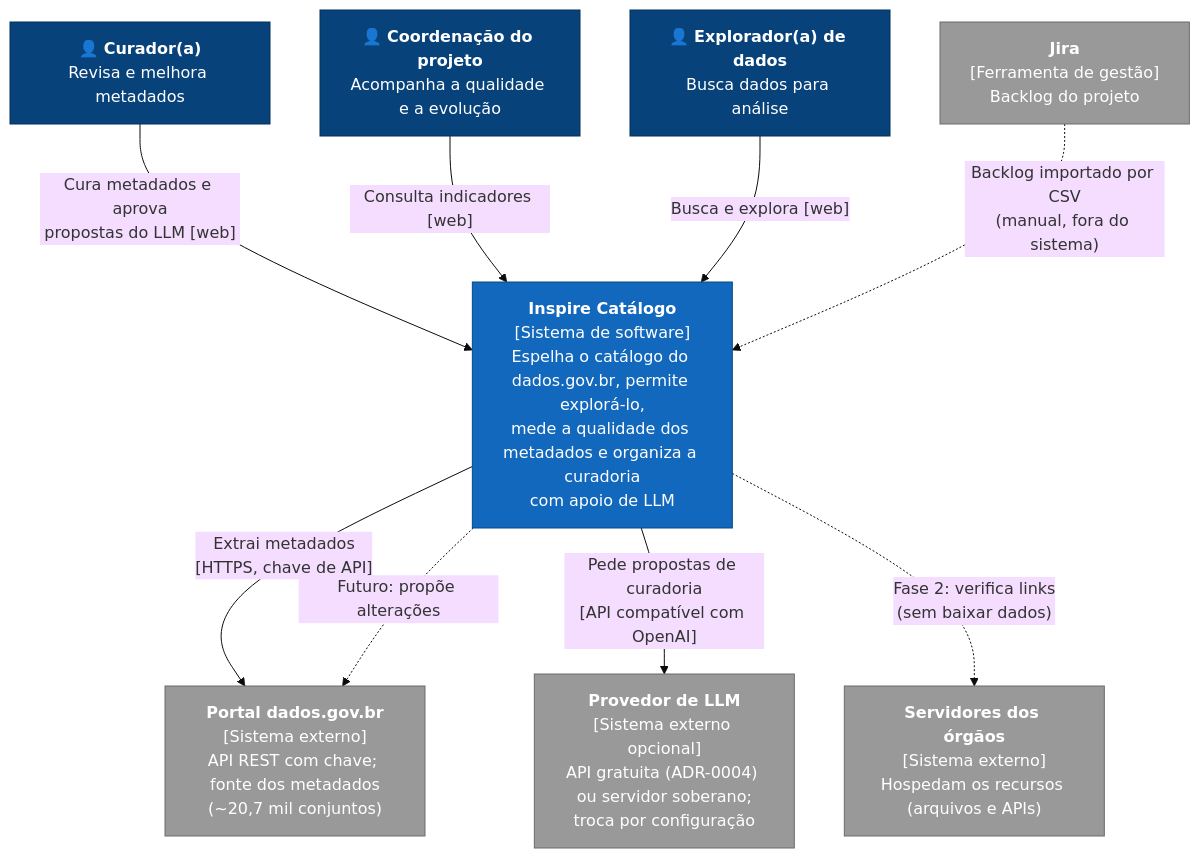
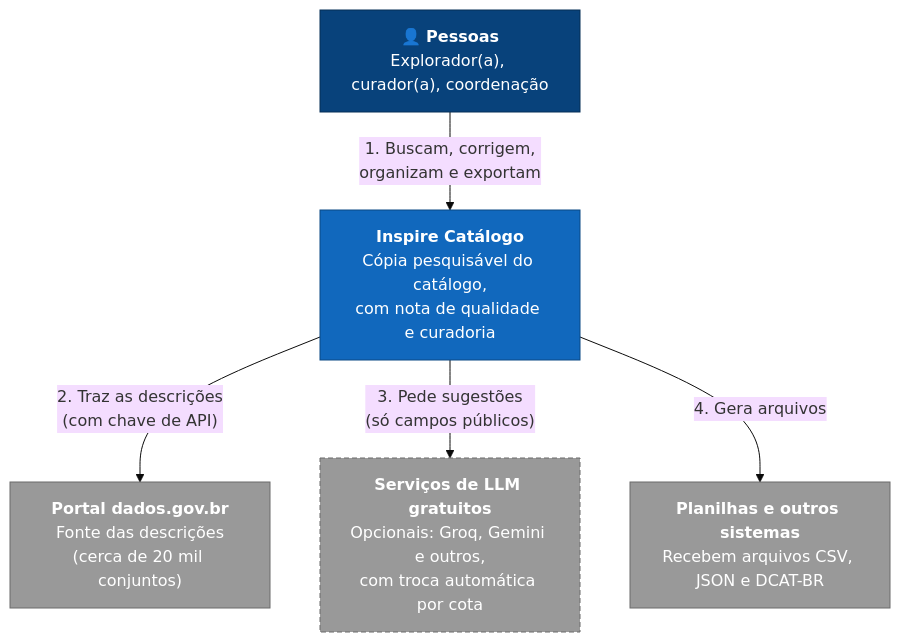
Before and after one commit to brhenbr/projeto_inspire: the diagram in docs/02-arquitetura/c1-contexto.md, drawn with Mermaid (base theme). The commit also changed other lines of this file and 10 other files, not shown here.

Commit message:
docs: C4 reescritos (visao simples, C1 a C3 e fluxos novos), manual de testes com 43 casos, script de testes de aceitacao

````diff
--- a/docs/02-arquitetura/c1-contexto.md
+++ b/docs/02-arquitetura/c1-contexto.md
@@ -9,29 +9,22 @@
 ```mermaid
 flowchart TB
-    curador["👤 <b>Curador(a)</b><br/>Revisa e melhora metadados"]
-    coord["👤 <b>Coordenação do projeto</b><br/>Acompanha a qualidade e a evolução"]
-    explorador["👤 <b>Explorador(a) de dados</b><br/>Busca dados para análise"]
+    pessoas["👤 <b>Pessoas</b><br/>Explorador(a), curador(a), coordenação"]
+    sistema["<b>Inspire Catálogo</b><br/>Cópia pesquisável do catálogo,<br/>com nota de qualidade e curadoria"]
+    portal["<b>Portal dados.gov.br</b><br/>Fonte das descrições<br/>(cerca de 20 mil conjuntos)"]
+    llm["<b>Serviços de LLM gratuitos</b><br/>Opcionais: Groq, Gemini e outros,<br/>com troca automática por cota"]
+    saidas["<b>Planilhas e outros sistemas</b><br/>Recebem arquivos CSV, JSON e DCAT-BR"]
 
-    sistema["<b>Inspire Catálogo</b><br/>[Sistema de software]<br/>Espelha o catálogo do dados.gov.br, permite explorá-lo,<br/>mede a qualidade dos metadados e organiza a curadoria<br/>com apoio de LLM"]
-
-    portal["<b>Portal dados.gov.br</b><br/>[Sistema externo]<br/>API REST com chave; fonte dos metadados<br/>(~20,7 mil conjuntos)"]
-    llm["<b>Provedor de LLM</b><br/>[Sistema externo opcional]<br/>API gratuita (ADR-0004) ou servidor soberano;<br/>troca por configuração"]
-    orgaos["<b>Servidores dos órgãos</b><br/>[Sistema externo]<br/>Hospedam os recursos (arquivos e APIs)"]
-    jira["<b>Jira</b><br/>[Ferramenta de gestão]<br/>Backlog do projeto"]
-
-    curador -->|"Cura metadados e aprova<br/>propostas do LLM [web]"| sistema
-    coord -->|"Consulta indicadores [web]"| sistema
-    explorador -->|"Busca e explora [web]"| sistema
-    sistema -->|"Extrai metadados<br/>[HTTPS, chave de API]"| portal
-    sistema -->|"Pede propostas de curadoria<br/>[API compatível com OpenAI]"| llm
-    sistema -.->|"Fase 2: verifica links<br/>(sem baixar dados)"| orgaos
-    sistema -.->|"Futuro: propõe alterações"| portal
-    jira -.->|"Backlog importado por CSV<br/>(manual, fora do sistema)"| sistema
+    pessoas -->|"1. Buscam, corrigem,<br/>organizam e exportam"| sistema
+    sistema -->|"2. Traz as descrições<br/>(com chave de API)"| portal
+    sistema -->|"3. Pede sugestões<br/>(só campos públicos)"| llm
+    sistema -->|"4. Gera arquivos"| saidas
 
     classDef pessoa fill:#08427b,stroke:#052e56,color:#fff
     classDef nosso fill:#1168bd,stroke:#0b4884,color:#fff
     classDef externo fill:#999,stroke:#6b6b6b,color:#fff
-    class curador,coord,explorador pessoa
+    classDef opc fill:#999,stroke:#6b6b6b,color:#fff,stroke-dasharray: 5 3
+    class pessoas pessoa
     class sistema nosso
-    class portal,llm,orgaos,jira externo
+    class portal,saidas externo
+    class llm opc
 ```
````
